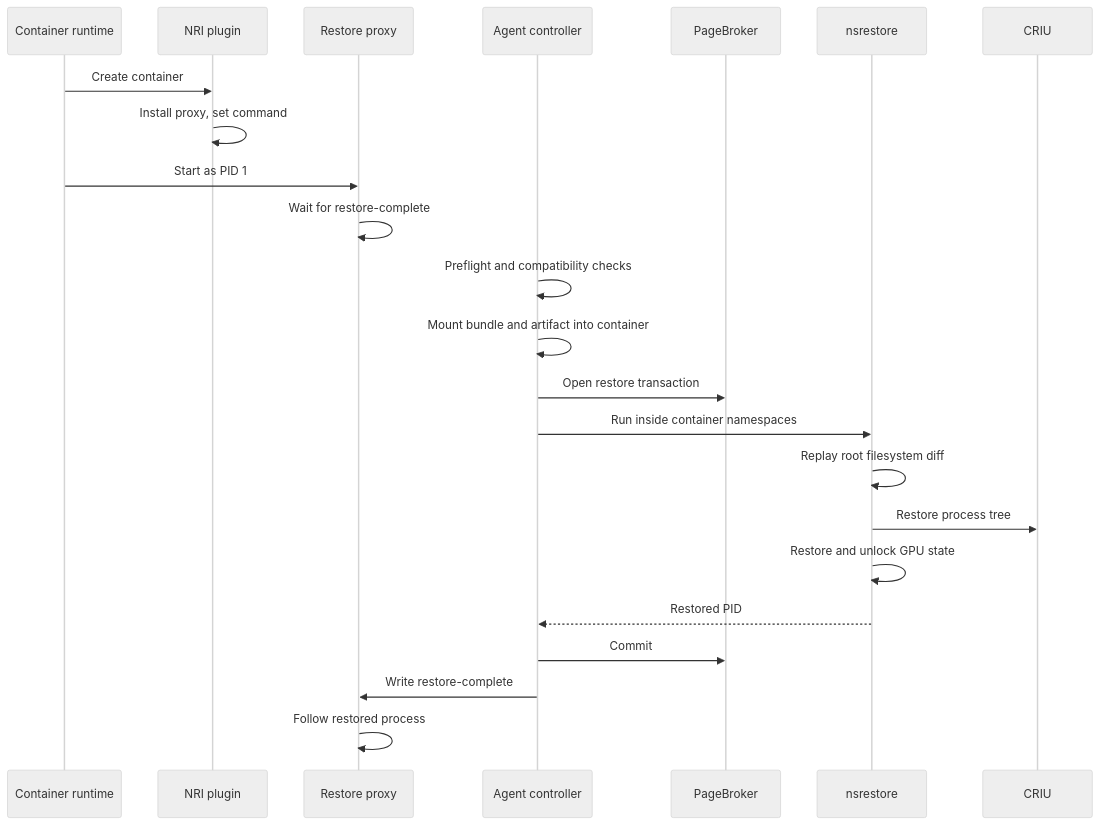
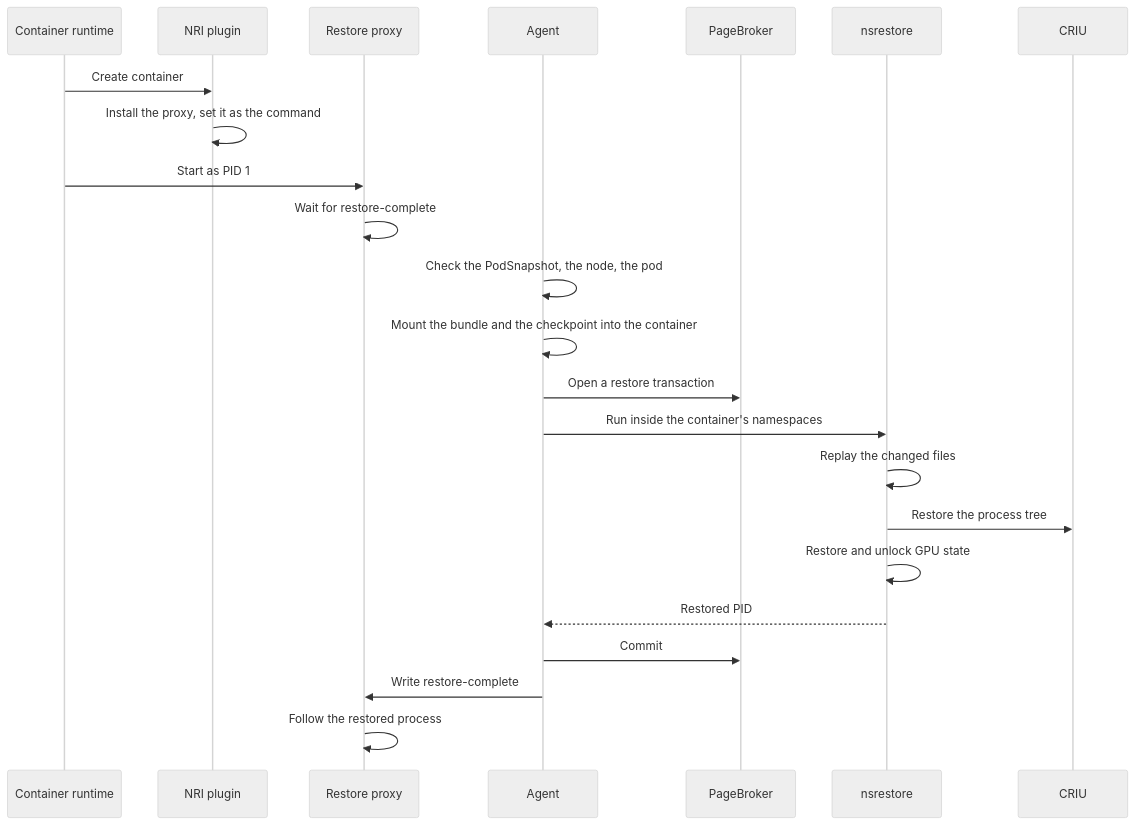
Before and after one commit to ai-dynamo/snapshot: the diagram in docs/reference/architecture/restore.md, drawn with Mermaid (neutral theme). The commit also changed other lines of this file and 5 other files, not shown here.

First line of the commit message:
docs(architecture): lead each page with the big picture and define terms

````diff
--- a/docs/reference/architecture/restore.md
+++ b/docs/reference/architecture/restore.md
@@ -35,25 +34,25 @@
 ```mermaid
 sequenceDiagram
     participant K as Container runtime
     participant N as NRI plugin
     participant X as Restore proxy
-    participant A as Agent controller
+    participant A as Agent
     participant P as PageBroker
     participant R as nsrestore
     participant C as CRIU
     K->>N: Create container
-    N->>N: Install proxy, set command
+    N->>N: Install the proxy, set it as the command
     K->>X: Start as PID 1
     X->>X: Wait for restore-complete
-    A->>A: Preflight and compatibility checks
-    A->>A: Mount bundle and artifact into container
-    A->>P: Open restore transaction
-    A->>R: Run inside container namespaces
-    R->>R: Replay root filesystem diff
-    R->>C: Restore process tree
+    A->>A: Check the PodSnapshot, the node, the pod
+    A->>A: Mount the bundle and the checkpoint into the container
+    A->>P: Open a restore transaction
+    A->>R: Run inside the container's namespaces
+    R->>R: Replay the changed files
+    R->>C: Restore the process tree
     R->>R: Restore and unlock GPU state
     R-->>A: Restored PID
     A->>P: Commit
     A->>X: Write restore-complete
-    X->>X: Follow restored process
+    X->>X: Follow the restored process
 ```
````
